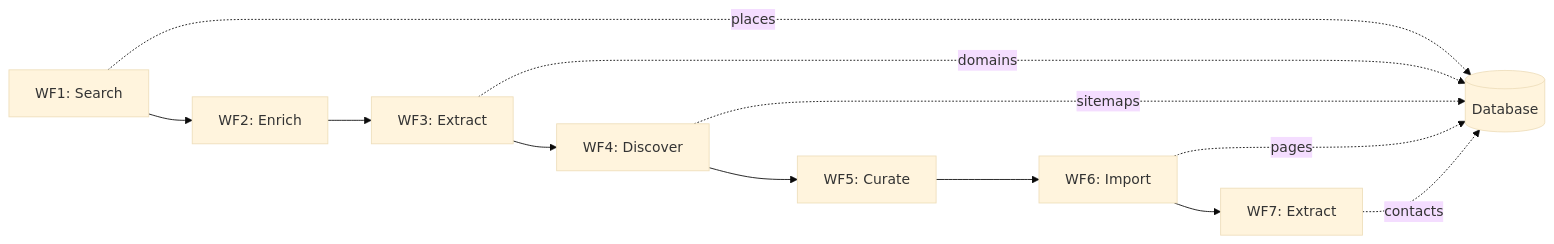
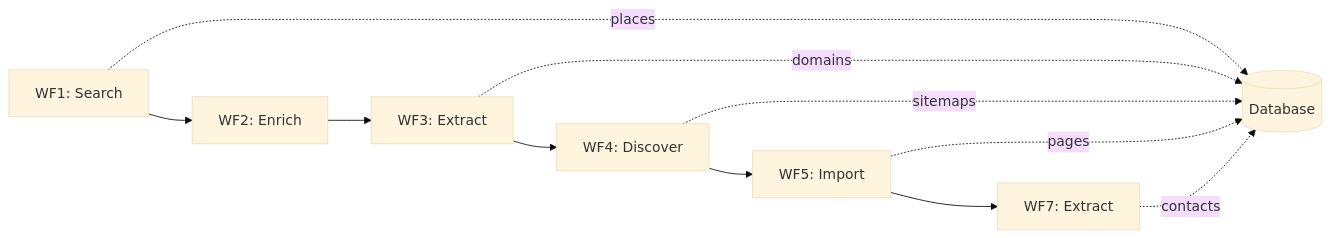
One commit to hgroman/scrapersky-backend changed the diagram in Documentation/Context_Reconstruction/QUICK_START.md. Above: the diagram before and after it, drawn with Mermaid (base theme). The commit also changed other lines of this file and 3 other files, not shown here.

````diff
--- a/Documentation/Context_Reconstruction/QUICK_START.md
+++ b/Documentation/Context_Reconstruction/QUICK_START.md
@@ -24,15 +24,14 @@
 ```mermaid
 graph LR
     WF1[WF1: Search] --> WF2[WF2: Enrich]
     WF2 --> WF3[WF3: Extract]
     WF3 --> WF4[WF4: Discover]
-    WF4 --> WF5[WF5: Curate]
-    WF5 --> WF6[WF6: Import]
-    WF6 --> WF7[WF7: Extract]
+    WF4 --> WF5[WF5: Import]
+    WF5 --> WF7[WF7: Extract]
 
     WF1 -.->|places| DB1[(Database)]
     WF3 -.->|domains| DB1
     WF4 -.->|sitemaps| DB1
-    WF6 -.->|pages| DB1
+    WF5 -.->|pages| DB1
     WF7 -.->|contacts| DB1
 ```
````
